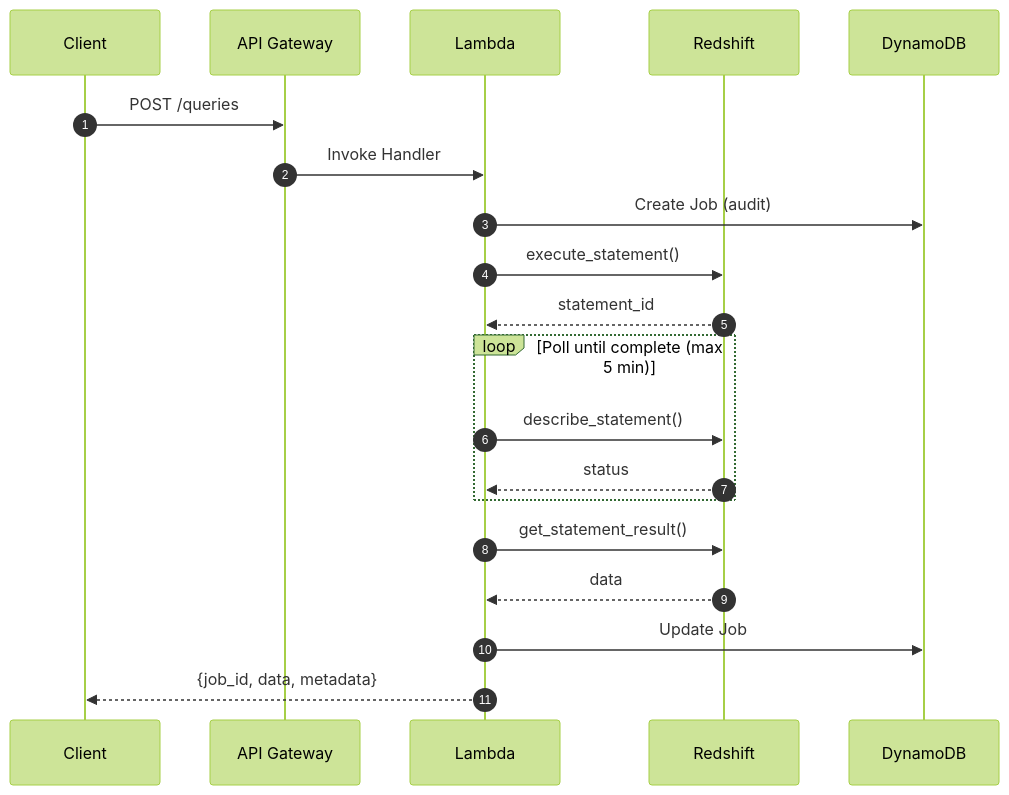
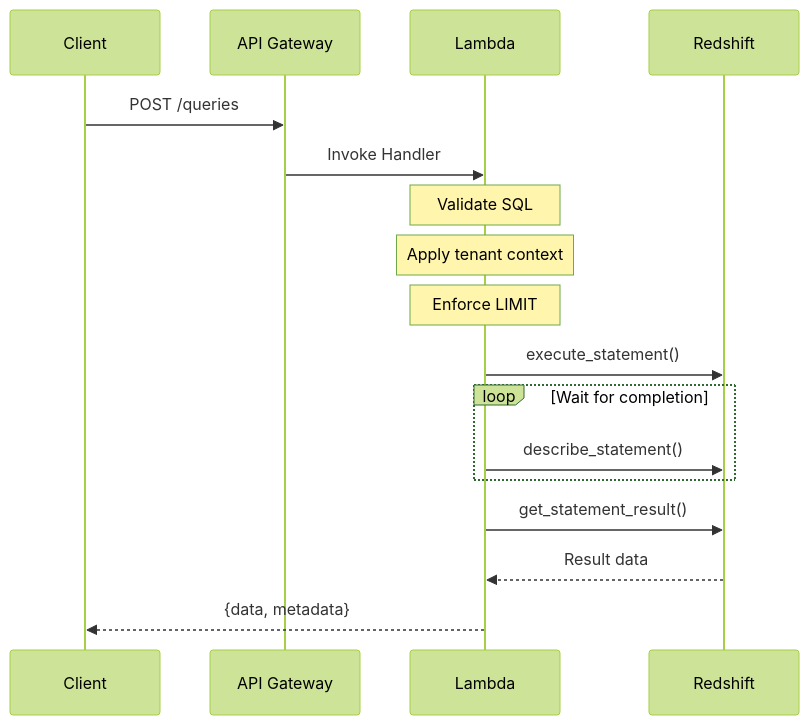
One commit to zhiweio/redshift-spectra changed the first of 5 diagrams in docs/user-guide/query-api.md. Above: the diagram before and after it, drawn with Mermaid (forest theme). The commit also changed other lines of this file and 15 other files, not shown here.

````diff
--- a/docs/user-guide/query-api.md
+++ b/docs/user-guide/query-api.md
@@ -7,25 +9,25 @@
 ```mermaid
 sequenceDiagram
-    autonumber
-    participant C as Client
+    participant Client
     participant API as API Gateway
-    participant L as Lambda
-    participant RS as Redshift
-    participant DDB as DynamoDB
+    participant Lambda
+    participant Redshift
 
-    C->>API: POST /queries
-    API->>L: Invoke Handler
-    L->>DDB: Create Job (audit)
-    L->>RS: execute_statement()
-    RS-->>L: statement_id
+    Client->>API: POST /queries
+    API->>Lambda: Invoke Handler
     
-    loop Poll until complete (max 5 min)
-        L->>RS: describe_statement()
-        RS-->>L: status
+    Note over Lambda: Validate SQL
+    Note over Lambda: Apply tenant context
+    Note over Lambda: Enforce LIMIT
+    
+    Lambda->>Redshift: execute_statement()
+    
+    loop Wait for completion
+        Lambda->>Redshift: describe_statement()
     end
     
-    L->>RS: get_statement_result()
-    RS-->>L: data
-    L->>DDB: Update Job
-    L-->>C: {job_id, data, metadata}
+    Lambda->>Redshift: get_statement_result()
+    Redshift-->>Lambda: Result data
+    
+    Lambda-->>Client: {data, metadata}
 ```
````
